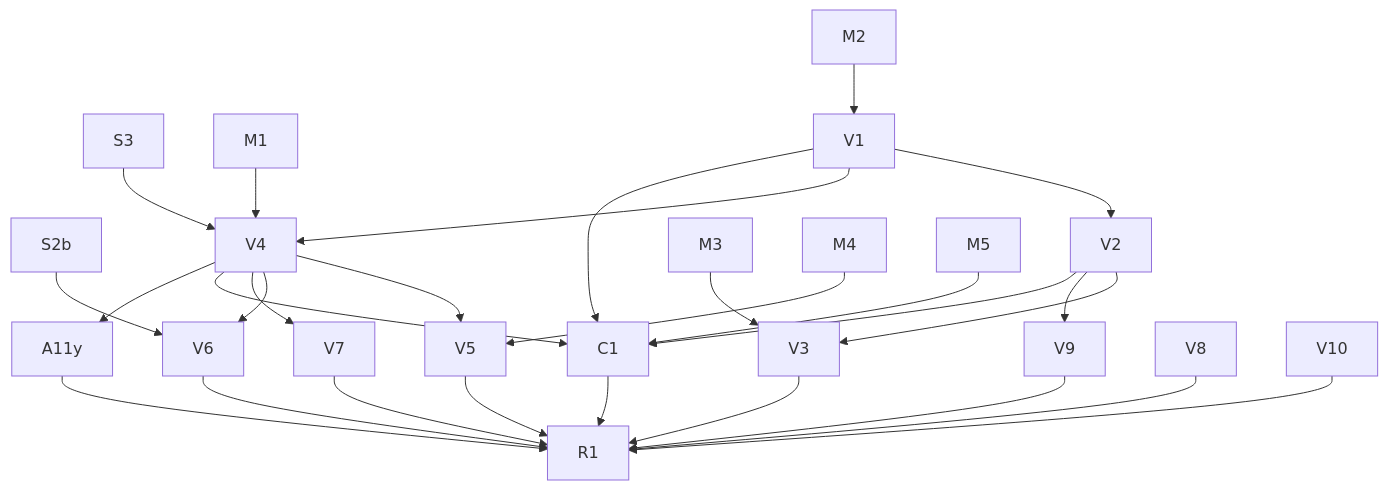
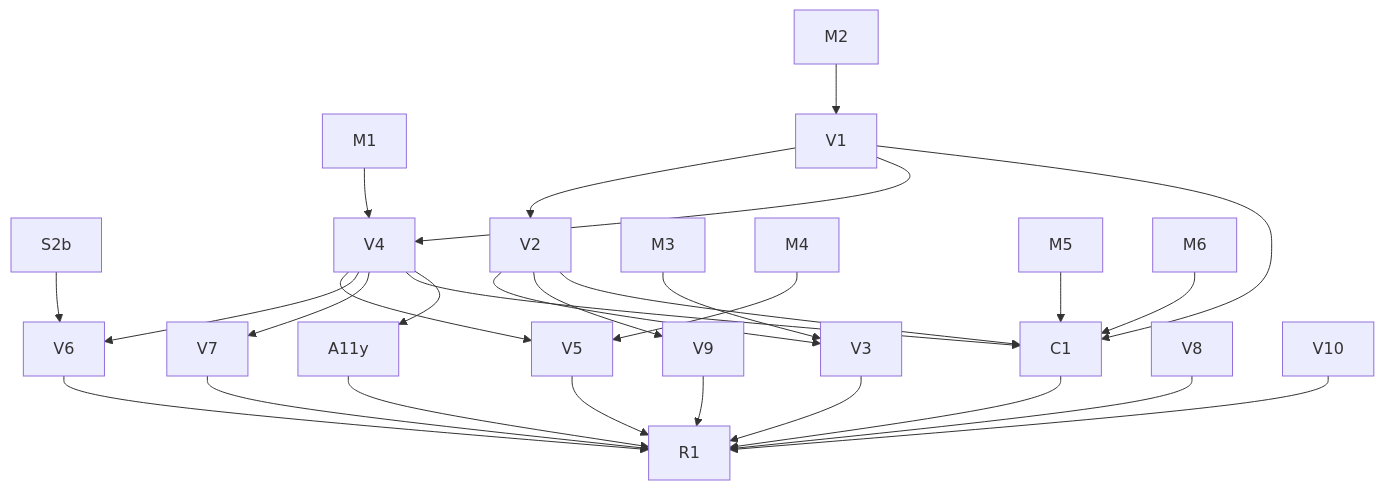
Before and after one commit to khivi/photos-cleanup: the diagram in TODO.md, drawn with Mermaid. The commit also changed other lines of this file and 1 other file, not shown here.

````diff
--- a/TODO.md
+++ b/TODO.md
@@ -79,20 +34,20 @@
 ```mermaid
 flowchart TD
     S2b --> V6
-    S3 --> V4
     M1 --> V4
     M2 --> V1 --> V2 --> V3
     M3 --> V3
     V1 --> V4
     M4 --> V5
     V4 --> V5
     V4 --> V6
     V4 --> V7
     V2 --> V9
     V1 --> C1
     V2 --> C1
     V4 --> C1
     M5 --> C1
+    M6 --> C1
     V4 --> A11y
     V3 & V5 & V6 & V7 & V8 & V9 & V10 & C1 & A11y --> R1
 ```
````
